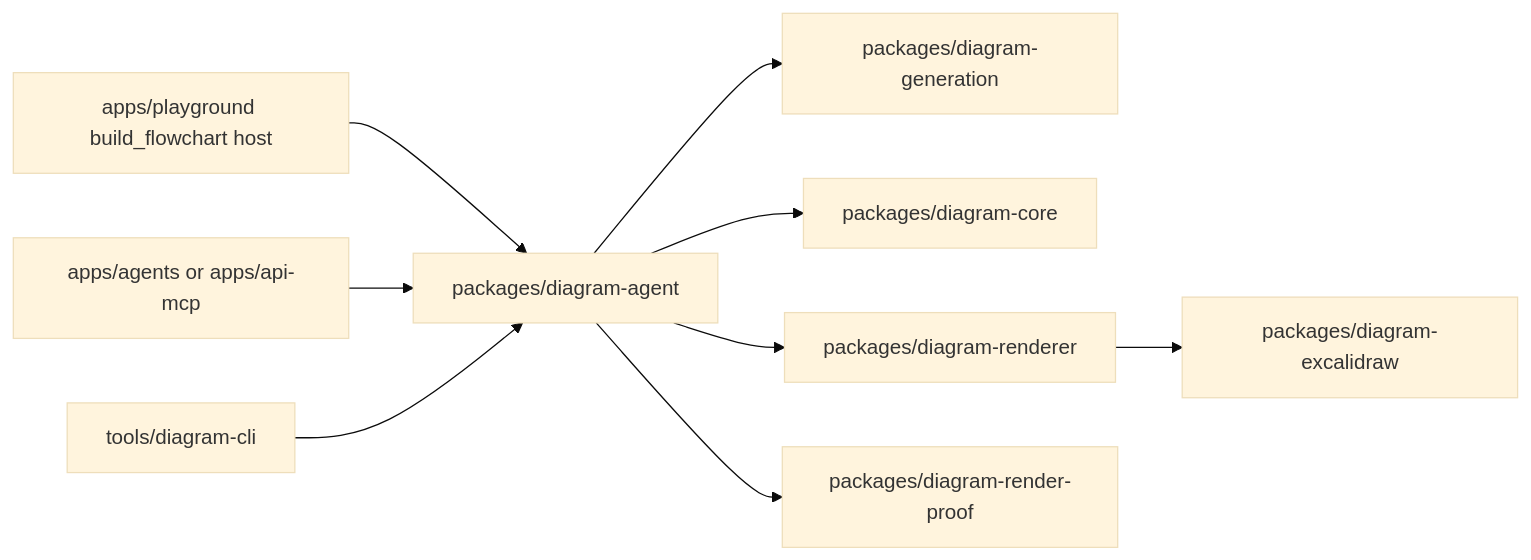
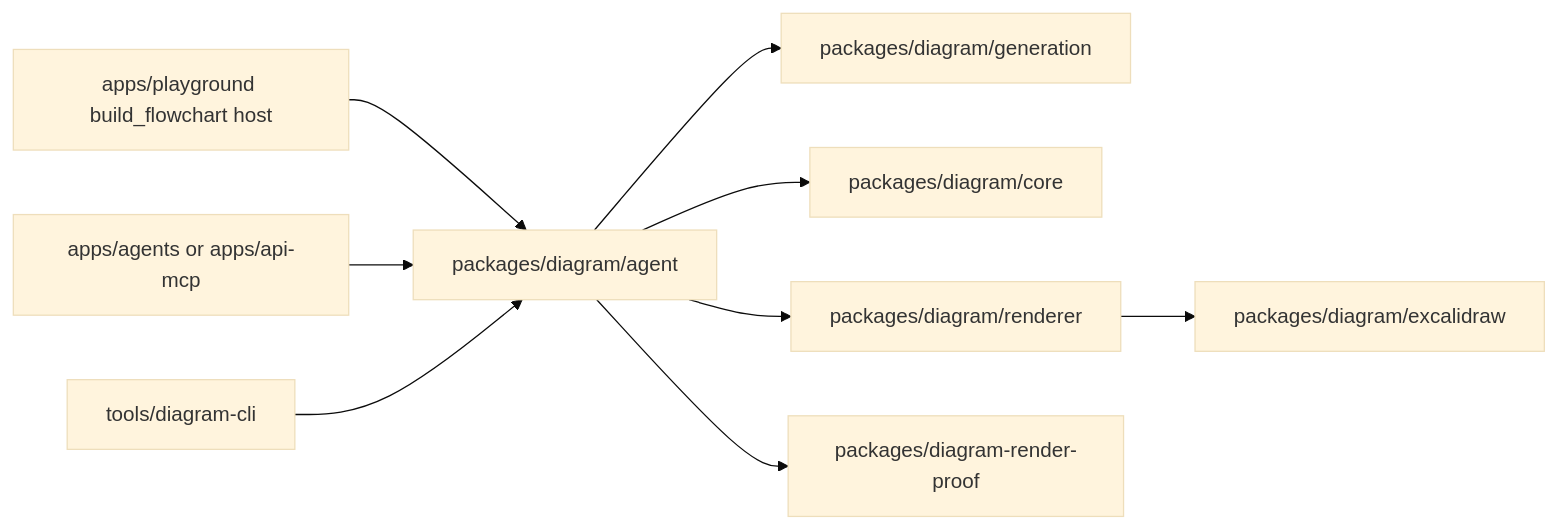
The third of 7 diagrams in docs/mcp-first-generation.md (shpitdev/sketchi), drawn with Mermaid (base theme) before and after one commit. The commit also changed 121 other files, not shown here.

Commit message:
refactor: nest diagram packages (#224)

````diff
--- a/docs/mcp-first-generation.md
+++ b/docs/mcp-first-generation.md
@@ -105,11 +105,11 @@
 ```mermaid
 flowchart LR
-  Playground["apps/playground build_flowchart host"] --> Agent["packages/diagram-agent"]
-  Agent --> Generation["packages/diagram-generation"]
-  Agent --> Core["packages/diagram-core"]
-  Agent --> Renderer["packages/diagram-renderer"]
-  Renderer --> Excalidraw["packages/diagram-excalidraw"]
+  Playground["apps/playground build_flowchart host"] --> Agent["packages/diagram/agent"]
+  Agent --> Generation["packages/diagram/generation"]
+  Agent --> Core["packages/diagram/core"]
+  Agent --> Renderer["packages/diagram/renderer"]
+  Renderer --> Excalidraw["packages/diagram/excalidraw"]
   Agent --> RenderTool["packages/diagram-render-proof"]
   MCP["apps/agents or apps/api-mcp"] --> Agent
   CLI["tools/diagram-cli"] --> Agent
 ```
````
